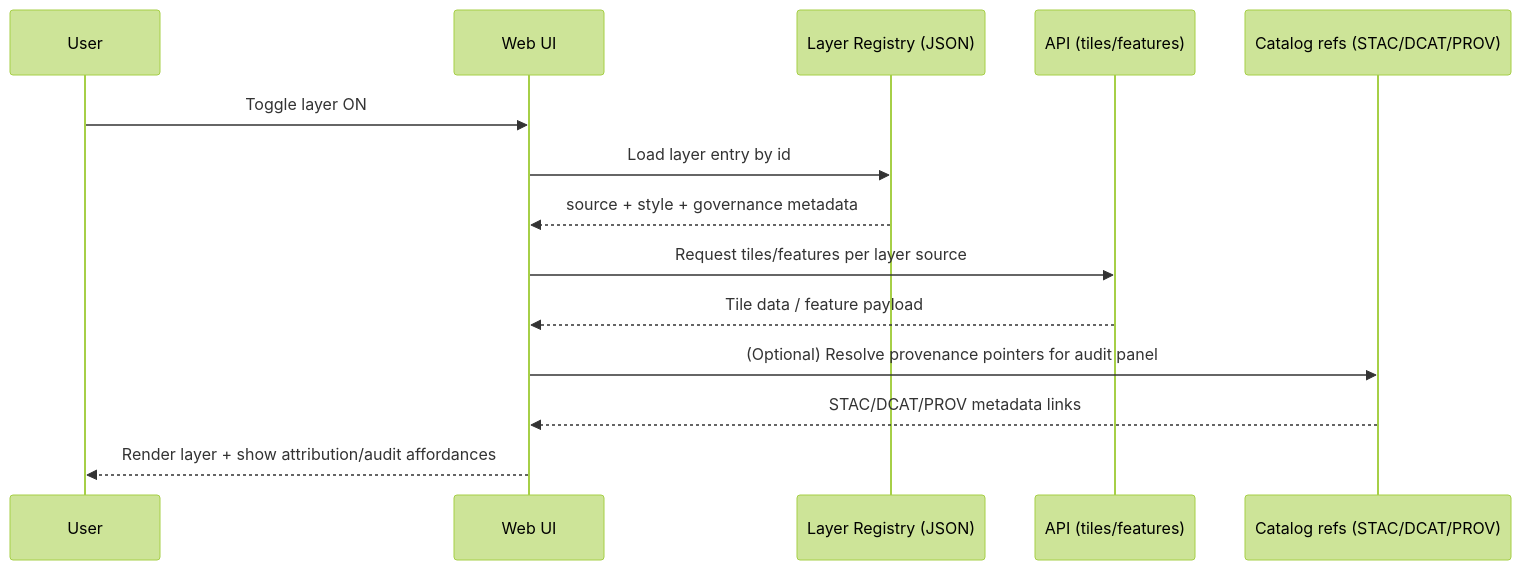
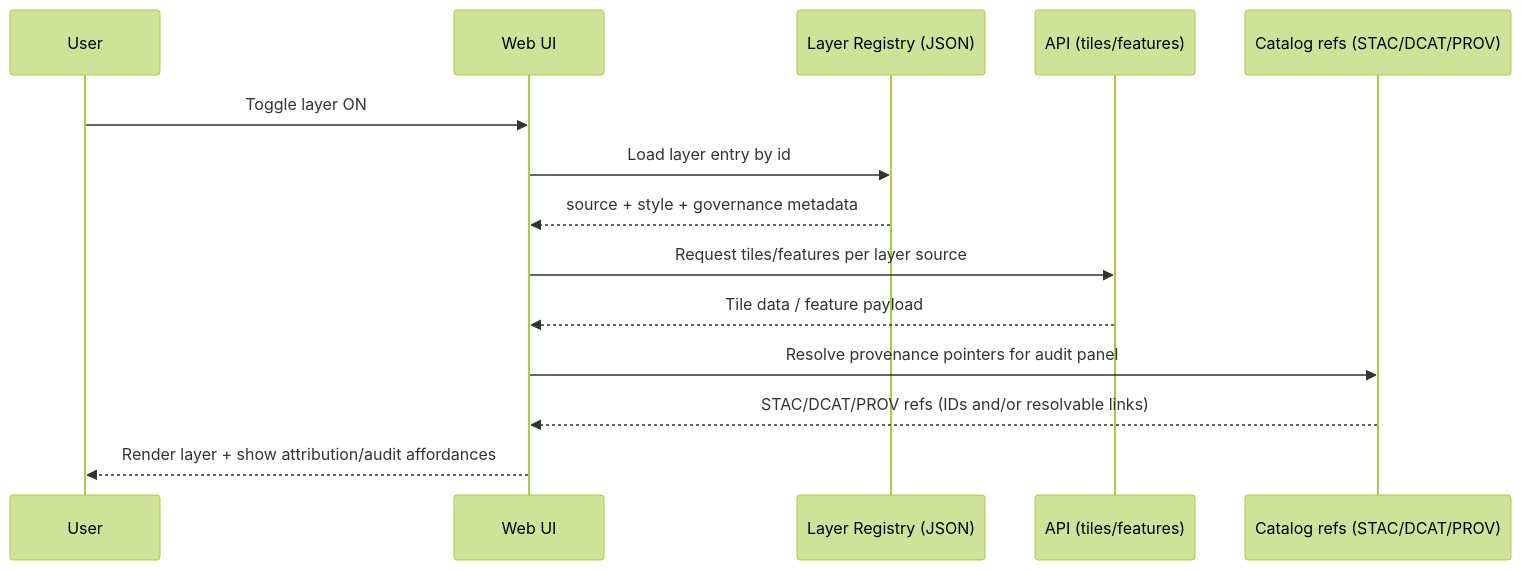
One commit to bartytime4life/Kansas-Frontier-Matrix changed the second of 2 diagrams in web/layers/README.md. Above: the diagram before and after it, drawn with Mermaid (forest theme). The commit also changed other lines of this file, not shown here.

```diff
--- a/web/layers/README.md
+++ b/web/layers/README.md
@@ -215,17 +216,17 @@
 ~~~mermaid
 sequenceDiagram
   participant User
   participant UI as Web UI
   participant Reg as Layer Registry (JSON)
   participant API as API (tiles/features)
   participant Cat as Catalog refs (STAC/DCAT/PROV)
 
   User->>UI: Toggle layer ON
   UI->>Reg: Load layer entry by id
   Reg-->>UI: source + style + governance metadata
   UI->>API: Request tiles/features per layer source
   API-->>UI: Tile data / feature payload
-  UI->>Cat: (Optional) Resolve provenance pointers for audit panel
-  Cat-->>UI: STAC/DCAT/PROV metadata links
+  UI->>Cat: Resolve provenance pointers for audit panel
+  Cat-->>UI: STAC/DCAT/PROV refs (IDs and/or resolvable links)
   UI-->>User: Render layer + show attribution/audit affordances
 ~~~
```
